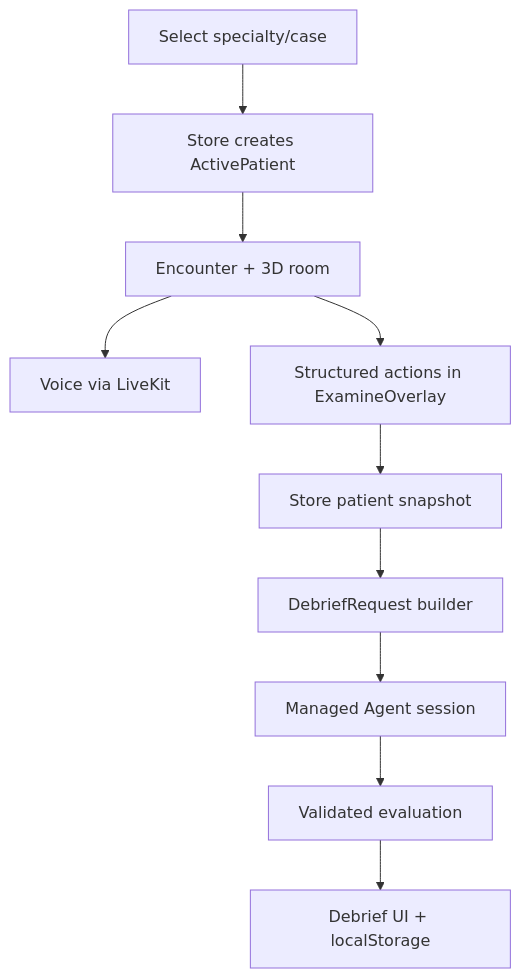
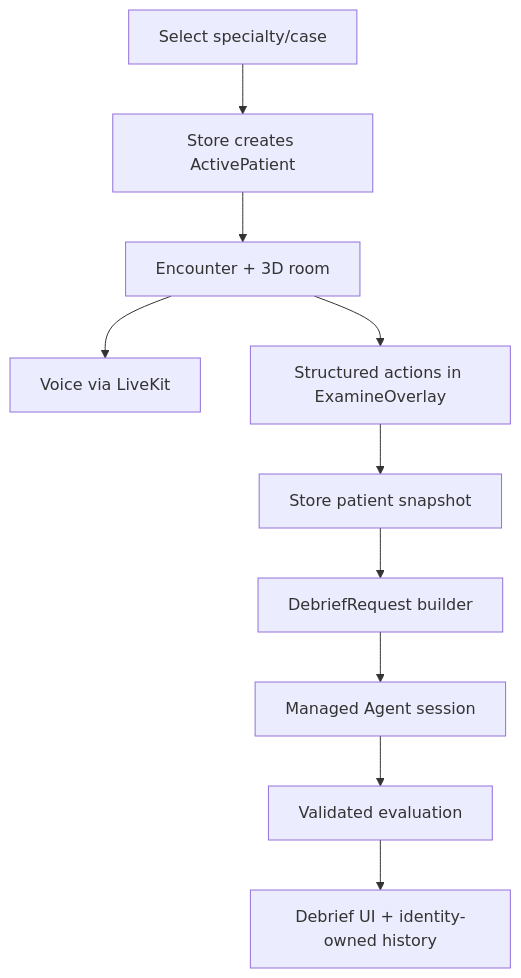
The first of 2 diagrams in docs/codex-analysis/DATA_FLOW.md (bahaaalhaj/MedSimApp), drawn with Mermaid before and after one commit. The commit also changed other lines of this file and 40 other files, not shown here.

````diff
--- a/docs/codex-analysis/DATA_FLOW.md
+++ b/docs/codex-analysis/DATA_FLOW.md
@@ -5,12 +5,12 @@
 ```mermaid
 flowchart TD
     A[Select specialty/case] --> B[Store creates ActivePatient]
     B --> C[Encounter + 3D room]
     C --> D[Voice via LiveKit]
     C --> E[Structured actions in ExamineOverlay]
     E --> F[Store patient snapshot]
     F --> G[DebriefRequest builder]
     G --> H[Managed Agent session]
     H --> I[Validated evaluation]
-    I --> J[Debrief UI + localStorage]
+    I --> J[Debrief UI + identity-owned history]
 ```
````
